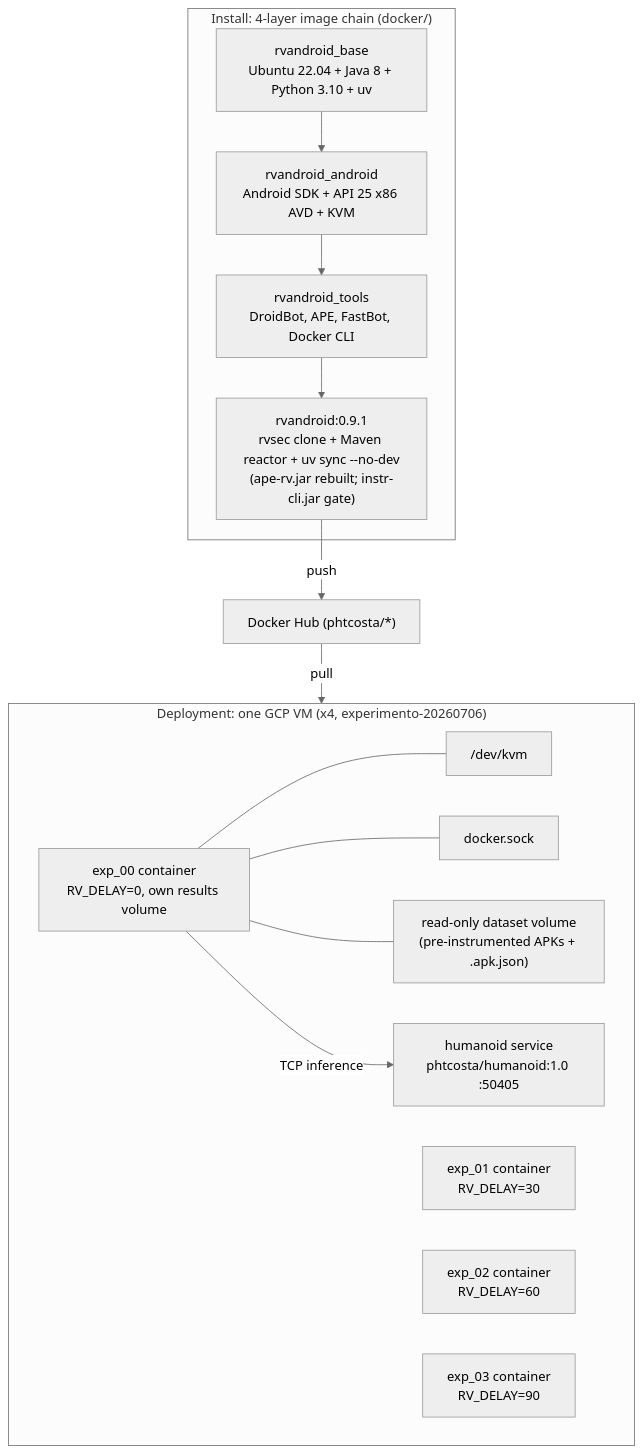
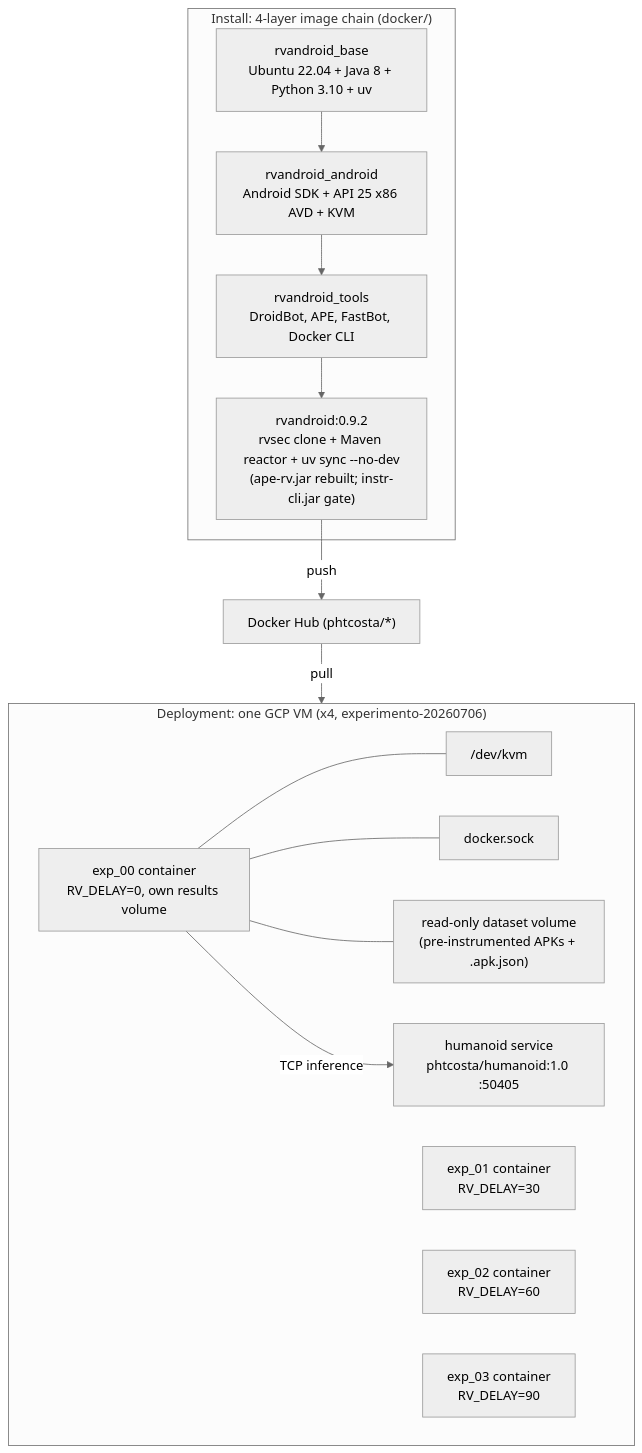
One commit to PAMunb/rvsec changed the fourth of 4 diagrams in rv-android/docs/architecture/subsystem-rv-experiment.md. Above: the diagram before and after it, drawn with Mermaid. The commit also changed other lines of this file and 60 other files, not shown here.

````diff
--- a/rv-android/docs/architecture/subsystem-rv-experiment.md
+++ b/rv-android/docs/architecture/subsystem-rv-experiment.md
@@ -1273,29 +1273,29 @@
 ```mermaid
 %%{init: {'theme': 'neutral'}}%%
 flowchart TB
     subgraph CHAIN["Install: 4-layer image chain (docker/)"]
         IBASE["rvandroid_base<br/>Ubuntu 22.04 + Java 8 + Python 3.10 + uv"]
         IANDR["rvandroid_android<br/>Android SDK + API 25 x86 AVD + KVM"]
         ITOOL["rvandroid_tools<br/>DroidBot, APE, FastBot, Docker CLI"]
-        IRVA["rvandroid:0.9.1<br/>rvsec clone + Maven reactor + uv sync --no-dev<br/>(ape-rv.jar rebuilt; instr-cli.jar gate)"]
+        IRVA["rvandroid:0.9.2<br/>rvsec clone + Maven reactor + uv sync --no-dev<br/>(ape-rv.jar rebuilt; instr-cli.jar gate)"]
         IBASE --> IANDR --> ITOOL --> IRVA
     end
     DHUB["Docker Hub (phtcosta/*)"]
     IRVA -- "push" --> DHUB
 
     subgraph GVM["Deployment: one GCP VM (x4, experimento-20260706)"]
         EXP0["exp_00 container<br/>RV_DELAY=0, own results volume"]
         EXP1["exp_01 container<br/>RV_DELAY=30"]
         EXP2["exp_02 container<br/>RV_DELAY=60"]
         EXP3["exp_03 container<br/>RV_DELAY=90"]
         HUMS["humanoid service<br/>phtcosta/humanoid:1.0 :50405"]
         KVMD["/dev/kvm"]
         DSK["docker.sock"]
         DSET["read-only dataset volume<br/>(pre-instrumented APKs + .apk.json)"]
     end
     DHUB -- "pull" --> GVM
     EXP0 --- KVMD
     EXP0 --- DSK
     EXP0 --- DSET
     EXP0 -- "TCP inference" --> HUMS
 ```
````
